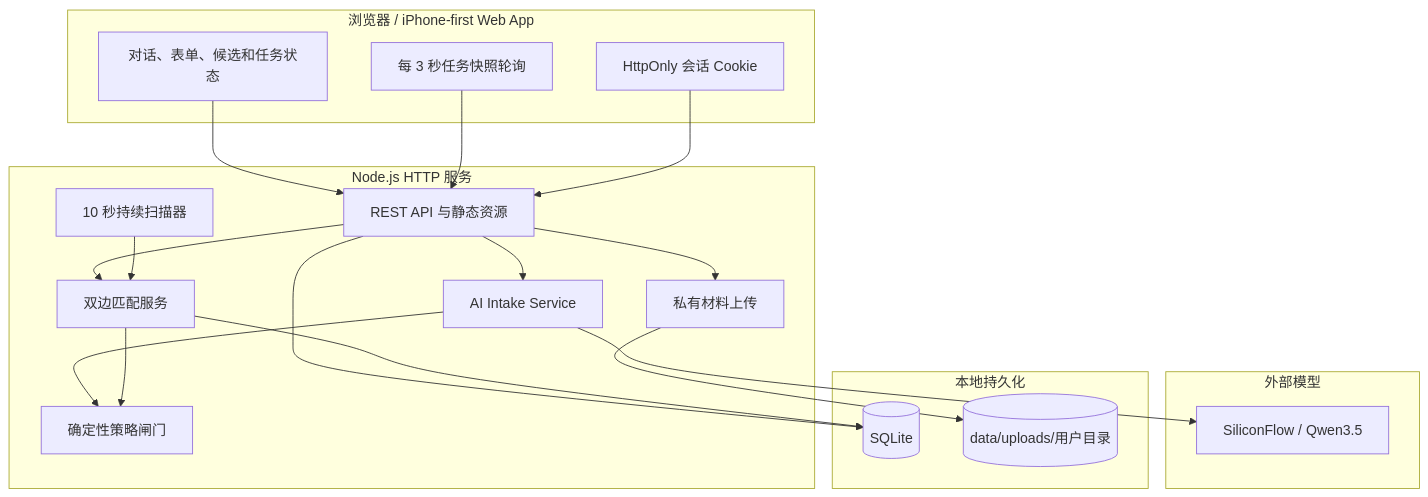
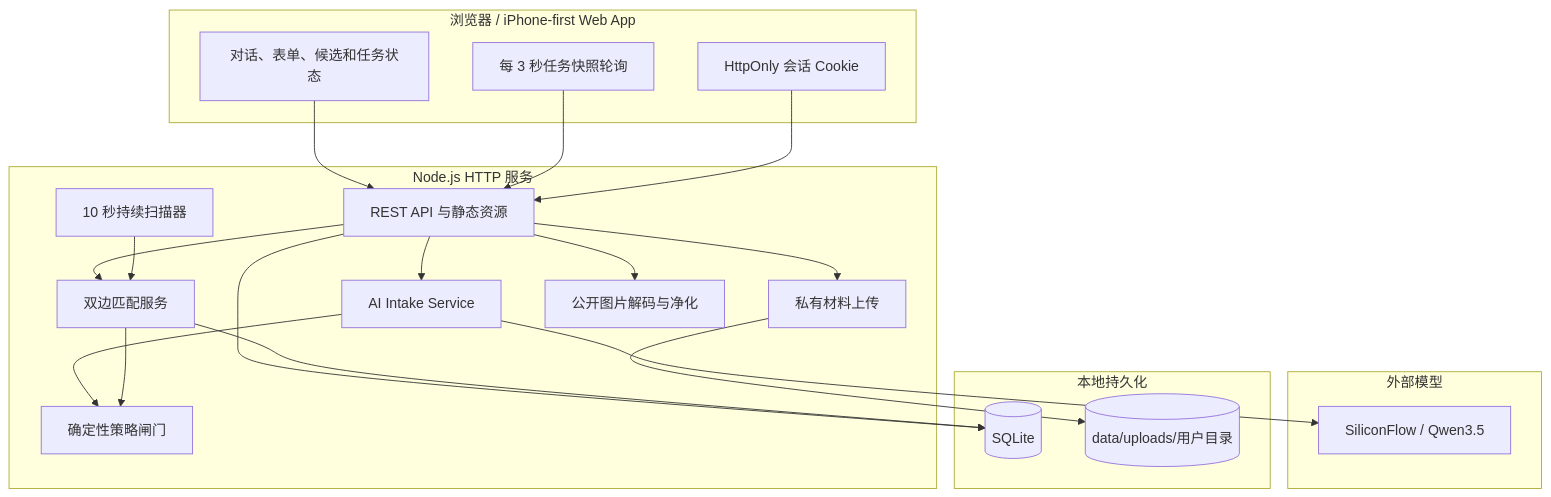
One commit to tank798/AI-native-rental-platform changed the second of 2 diagrams in README.md. Above: the diagram before and after it, drawn with Mermaid. The commit also changed other lines of this file and 23 other files, not shown here.

````diff
--- a/README.md
+++ b/README.md
@@ -146,40 +154,42 @@
 ```mermaid
 flowchart TB
     subgraph Browser[浏览器 / iPhone-first Web App]
         UI[对话、表单、候选和任务状态]
         Poll[每 3 秒任务快照轮询]
         Session[HttpOnly 会话 Cookie]
     end
 
     subgraph Server[Node.js HTTP 服务]
         API[REST API 与静态资源]
         Intake[AI Intake Service]
         Policy[确定性策略闸门]
         Match[双边匹配服务]
         Scheduler[10 秒持续扫描器]
         Upload[私有材料上传]
+        Media[公开图片解码与净化]
     end
 
     subgraph Provider[外部模型]
         Qwen[SiliconFlow / Qwen3.5]
     end
 
     subgraph Storage[本地持久化]
         SQLite[(SQLite)]
         Files[(data/uploads/用户目录)]
     end
 
     UI --> API
     Poll --> API
     Session --> API
     API --> Intake
     Intake --> Qwen
     Intake --> Policy
     API --> Upload
+    API --> Media
     API --> Match
     Scheduler --> Match
     Match --> Policy
     API --> SQLite
     Match --> SQLite
     Upload --> Files
 ```
````
